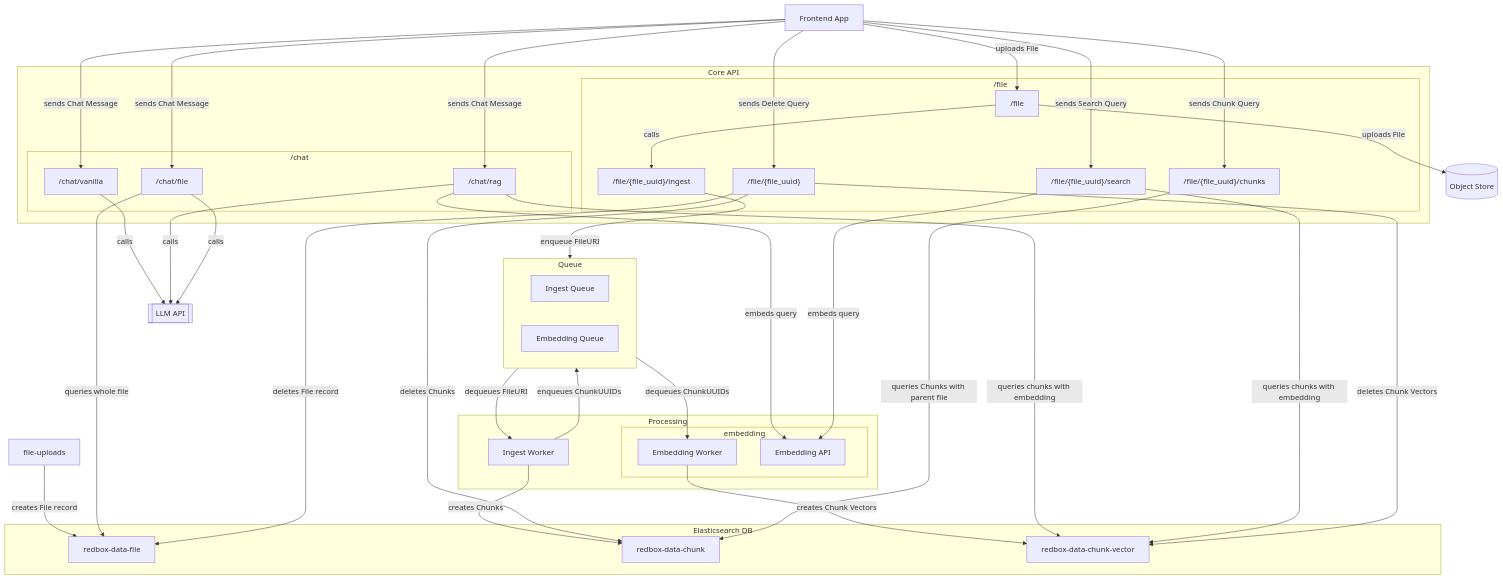
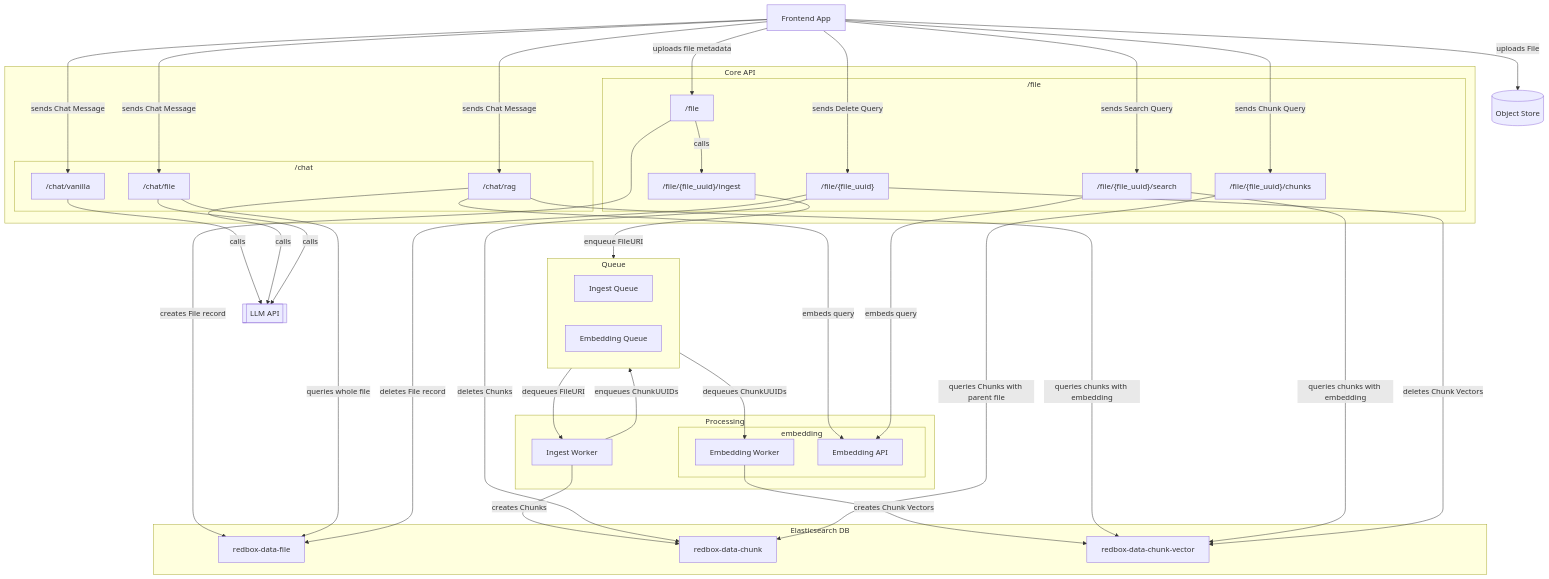
Before and after one commit to i-dot-ai/redbox: the diagram in docs/architecture/prod-architecture.md, drawn with Mermaid. The commit also changed 2 other files, not shown here.

Commit message:
better documentation

```diff
--- a/docs/architecture/prod-architecture.md
+++ b/docs/architecture/prod-architecture.md
@@ -47,9 +47,9 @@
     llm[[LLM API]]
 
     %% File upload flow
-    frontend-app -- uploads File --> file-upload
-    file-upload -- uploads File --> object-store
-    file-uploads -- creates File record --> redbox-data-file
+    frontend-app -- uploads File --> object-store
+    frontend-app -- uploads file metadata --> file-upload
+    file-upload -- creates File record --> redbox-data-file
     file-upload -- calls --> file-ingest
     file-ingest -- enqueue FileURI --> ingest-queue
     ingest-queue -- dequeues FileURI --> ingest-worker
@@ -58,7 +58,7 @@
     embedding-queue -- dequeues ChunkUUIDs --> embedding-worker
     embedding-worker -- creates Chunk Vectors --> redbox-data-chunk-vector
 
-    %% Vanill Chat flow
+    %% Vanilla Chat flow
     frontend-app -- sends Chat Message --> chat-vanilla
     chat-vanilla -- calls --> llm
 
```
